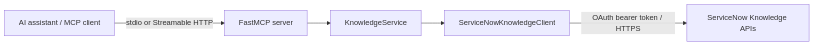
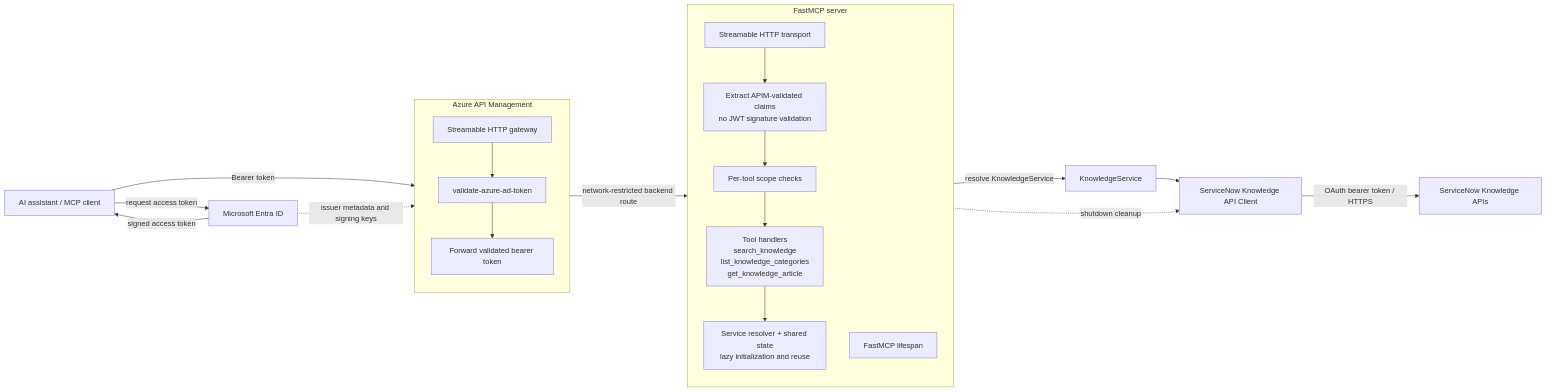
One commit to Xingyuj/SnowMCP changed the diagram in README.md. Above: the diagram before and after it, drawn with Mermaid. The commit also changed other lines of this file and 16 other files, not shown here.

Commit message:
feat: align MCP server with APIM trust boundary

````diff
--- a/README.md
+++ b/README.md
@@ -148,13 +138,44 @@
 ```mermaid
 flowchart LR
     Client[AI assistant / MCP client]
-    Server[FastMCP server]
+    Entra[Microsoft Entra ID]
     Service[KnowledgeService]
-    API[ServiceNowKnowledgeClient]
+    API[ServiceNow Knowledge API Client]
     SN[ServiceNow Knowledge APIs]
 
-    Client -->|stdio or Streamable HTTP| Server
-    Server --> Service
+    subgraph APIM[Azure API Management]
+        direction TB
+        Gateway[Streamable HTTP gateway]
+        Validate[validate-azure-ad-token]
+        Forward[Forward validated bearer token]
+
+        Gateway --> Validate
+        Validate --> Forward
+    end
+
+    subgraph FastMCP[FastMCP server]
+        direction TB
+        Transport[Streamable HTTP transport]
+        Claims["Extract APIM-validated claims<br/>no JWT signature validation"]
+        Scopes[Per-tool scope checks]
+
+        Tools["Tool handlers<br/>search_knowledge<br/>list_knowledge_categories<br/>get_knowledge_article"]
+        Resolver["Service resolver + shared state<br/>lazy initialization and reuse"]
+        Lifecycle[FastMCP lifespan]
+
+        Transport --> Claims
+        Claims --> Scopes
+        Scopes --> Tools
+        Tools --> Resolver
+    end
+
+    Client -->|request access token| Entra
+    Entra -->|signed access token| Client
+    Client -->|Bearer token| Gateway
+    Entra -.->|issuer metadata and signing keys| Validate
+    Forward -->|network-restricted backend route| Transport
+    Resolver -->|resolve KnowledgeService| Service
     Service --> API
+    Lifecycle -.->|shutdown cleanup| API
     API -->|OAuth bearer token / HTTPS| SN
 ```
````
